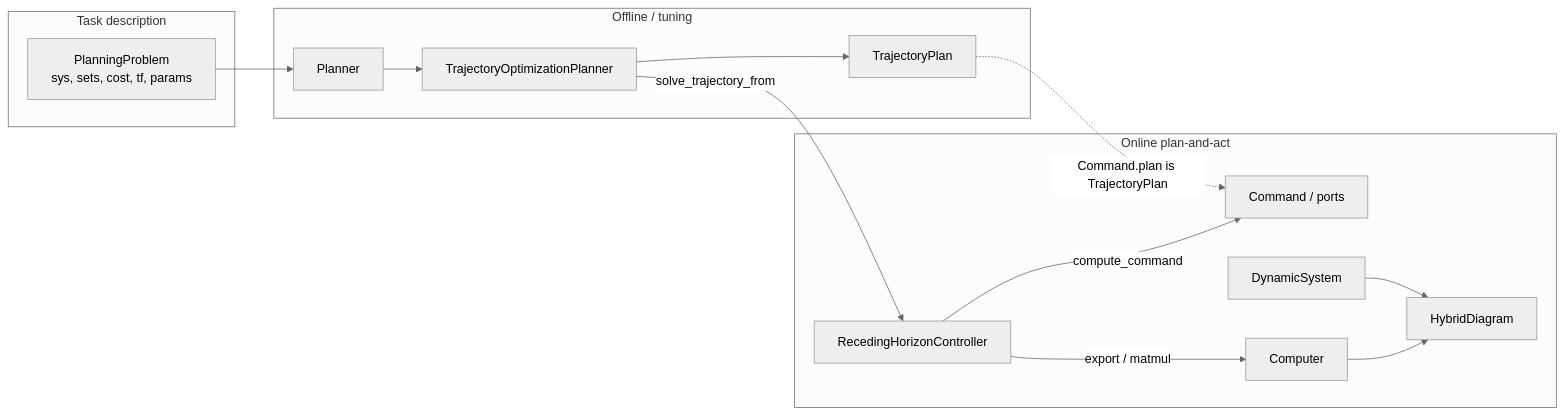
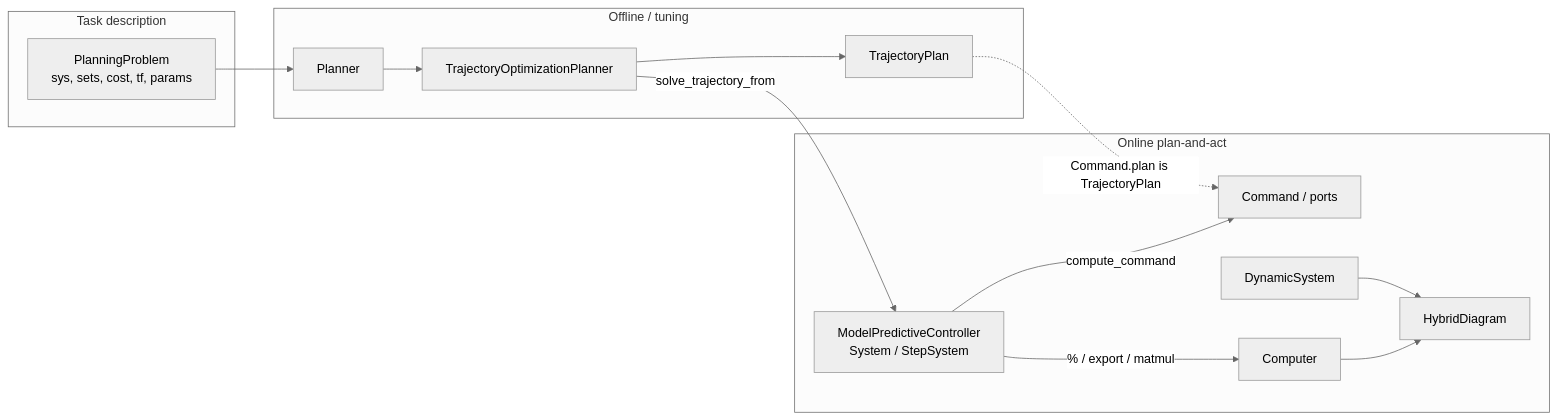
Before and after one commit to alx87grd/minilink: the first of 2 diagrams in docs/plans/mpc-rh-refactor/vision.md, drawn with Mermaid (neutral theme). The commit also changed other lines of this file and 12 other files, not shown here.

````diff
--- a/docs/plans/mpc-rh-refactor/vision.md
+++ b/docs/plans/mpc-rh-refactor/vision.md
@@ -20,31 +21,31 @@
 ```mermaid
 flowchart LR
   subgraph task["Task description"]
     PP["PlanningProblem<br/>sys, sets, cost, tf, params"]
   end
 
   subgraph offline["Offline / tuning"]
     PL["Planner"]
     TOP["TrajectoryOptimizationPlanner"]
     TP["TrajectoryPlan"]
     PP --> PL
     PL --> TOP
     TOP --> TP
   end
 
   subgraph online["Online plan-and-act"]
-    RHC["RecedingHorizonController"]
+    MPC["ModelPredictiveController<br/>System / StepSystem"]
     CMD["Command / ports"]
     COMP["Computer"]
     PLANT["DynamicSystem"]
     HYB["HybridDiagram"]
 
-    TOP -->|"solve_trajectory_from"| RHC
-    RHC -->|compute_command| CMD
-    RHC -->|export / matmul| COMP
+    TOP -->|"solve_trajectory_from"| MPC
+    MPC -->|compute_command| CMD
+    MPC -->|"% / export / matmul"| COMP
     COMP --> HYB
     PLANT --> HYB
   end
 
   TP -.->|"Command.plan is TrajectoryPlan"| CMD
 ```
````
